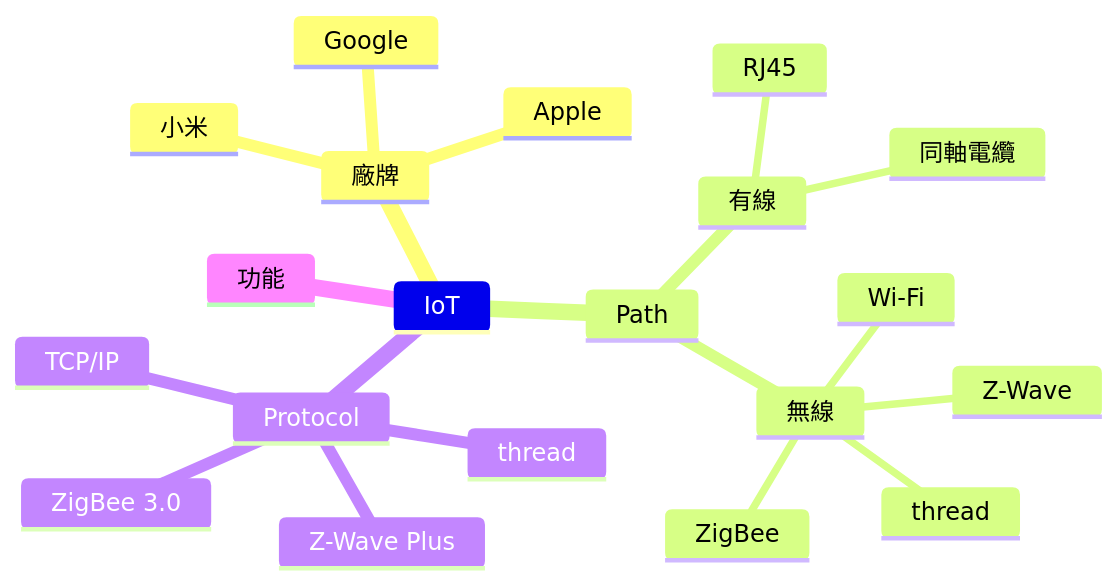
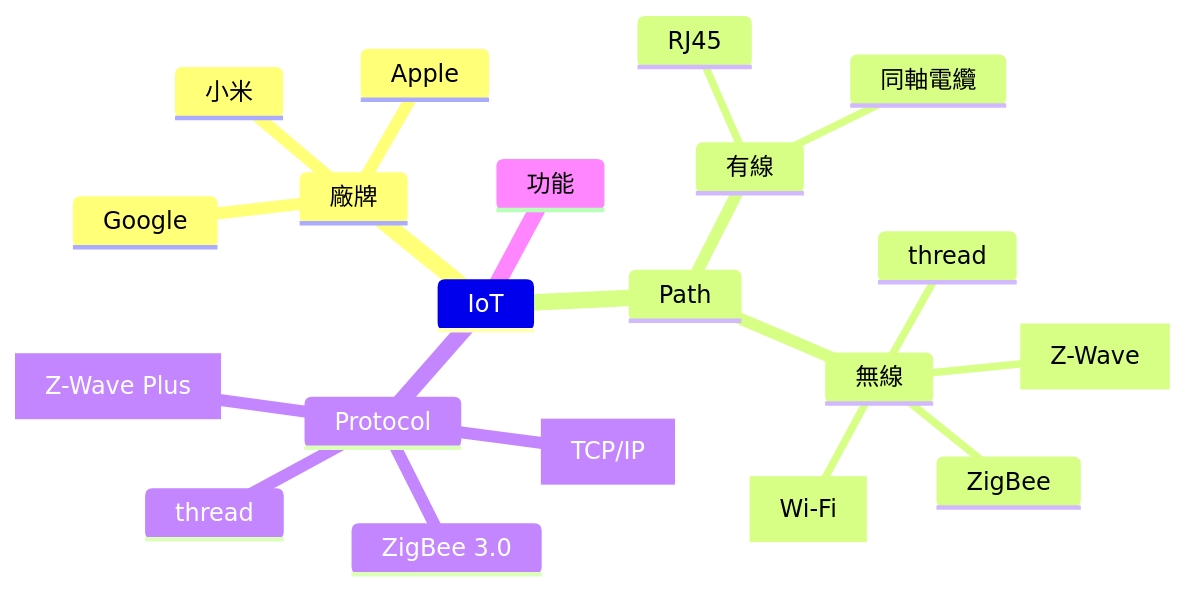
One commit to lankahsu520/HelperX changed the first of 6 diagrams in helper_IoT.md. Above: the diagram before and after it, drawn with Mermaid. The commit also changed other lines of this file, not shown here.

````diff
--- a/helper_IoT.md
+++ b/helper_IoT.md
@@ -27,23 +27,23 @@
 ```mermaid
 mindmap
 	IoT
 		廠牌
 			小米
 			Apple
 			Google
 		Path
 			有線
 				RJ45
 				同軸電纜
 			無線
-				Wi-Fi
+				WiFi["Wi-Fi"]
 				ZigBee
-				Z-Wave
+				ZWave["Z-Wave"]
 				thread
 		Protocol
-			TCP/IP
+			TCPIP["TCP/IP"]
 			ZigBee 3.0
-			Z-Wave Plus
+			ZWavePlus["Z-Wave Plus"]
 			thread
 		功能
 ```
````
